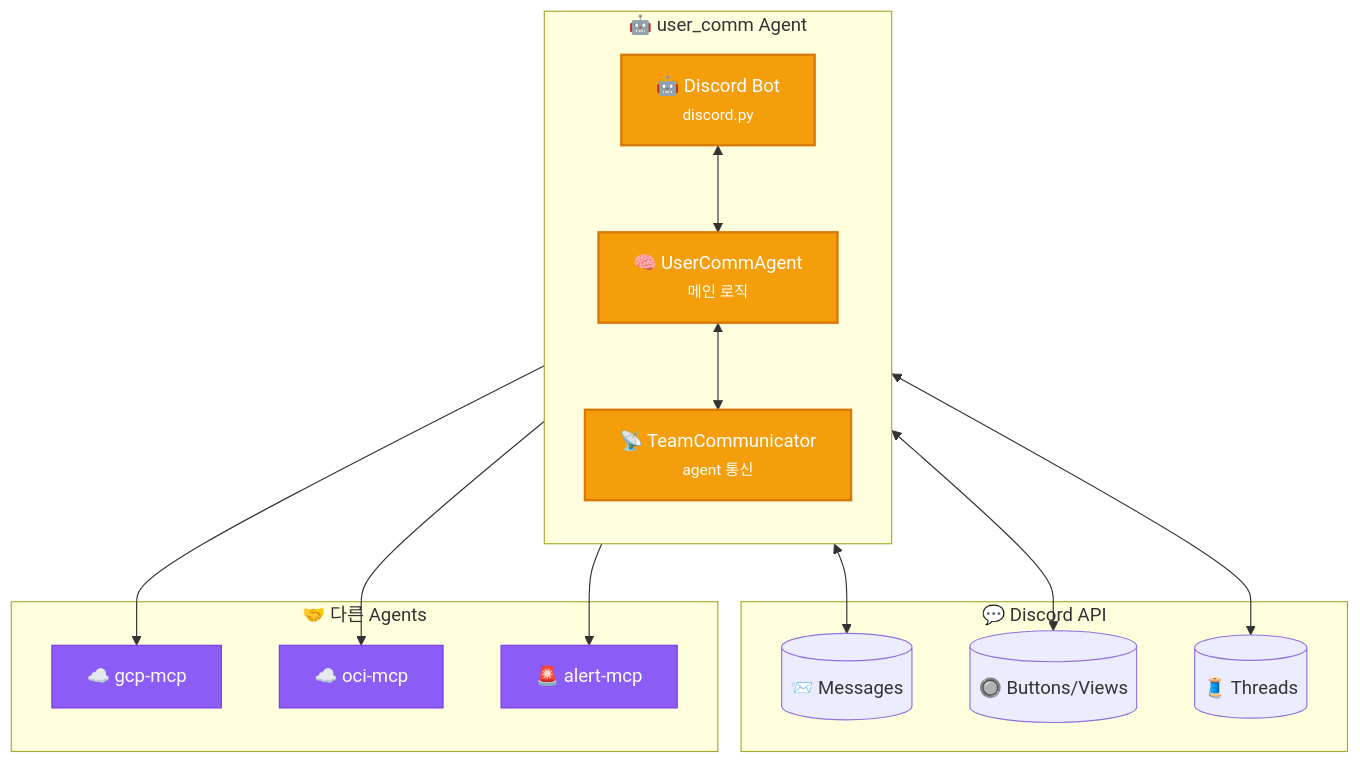
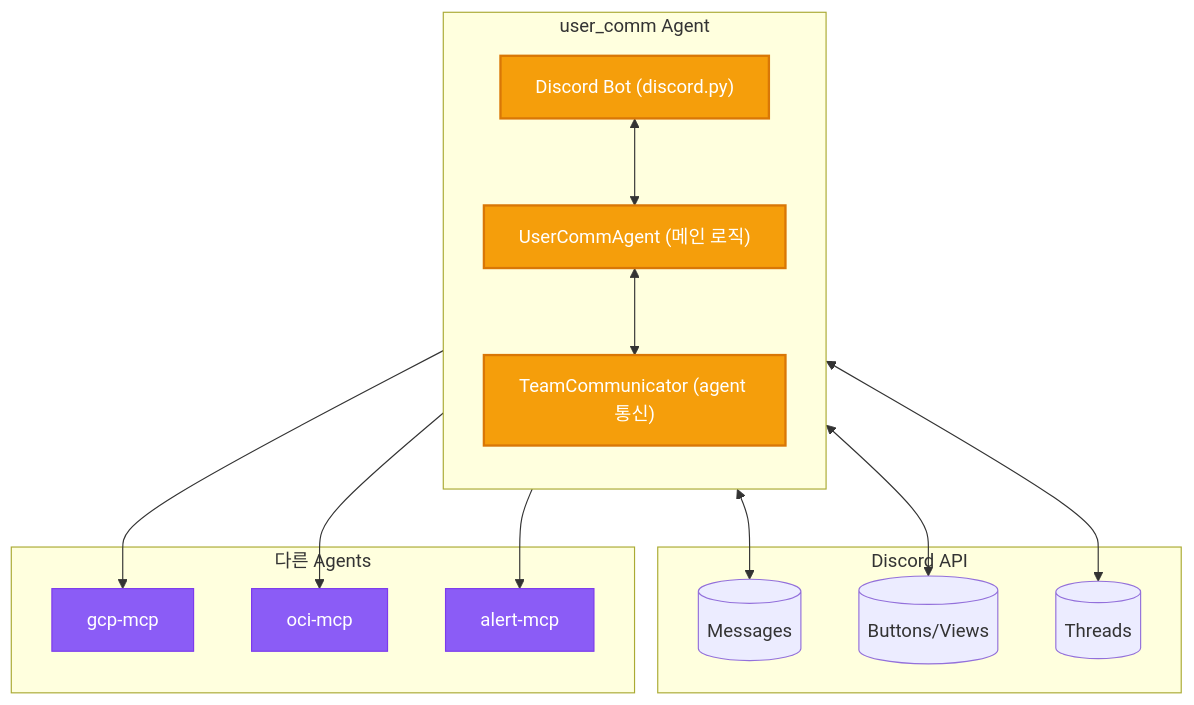
One commit to yarang/blogs changed the second of 8 diagrams in content/ko/post/2026-03-01-013-discord-gateway-mcp-아키텍처-설계.md. Above: the diagram before and after it, drawn with Mermaid. The commit also changed other lines of this file and 1 other file, not shown here.

First line of the commit message:
Fix Mermaid parsing errors for web rendering

````diff
--- a/content/ko/post/2026-03-01-013-discord-gateway-mcp-아키텍처-설계.md
+++ b/content/ko/post/2026-03-01-013-discord-gateway-mcp-아키텍처-설계.md
@@ -89,36 +86,35 @@
 ```mermaid
 flowchart TB
-    %% 스타일 정의
     classDef core fill:#F59E0B,stroke:#D97706,color:#fff,stroke-width:2px
     classDef discord fill:#5865F2,stroke:#404EED,color:#fff
     classDef team fill:#8B5CF6,stroke:#7C3AED,color:#fff
 
-    subgraph UserComm["🤖 user_comm Agent"]
+    subgraph UserComm["user_comm Agent"]
         direction TB
-        DiscordBot["🤖 Discord Bot<br/><small>discord.py</small>"]:::core
-        Agent["🧠 UserCommAgent<br/><small>메인 로직</small>"]:::core
-        TeamComm["📡 TeamCommunicator<br/><small>agent 통신</small>"]:::core
+        DiscordBot["Discord Bot (discord.py)"]:::core
+        Agent["UserCommAgent (메인 로직)"]:::core
+        TeamComm["TeamCommunicator (agent 통신)"]:::core
 
         DiscordBot <--> Agent
         Agent <--> TeamComm
     end
 
-    subgraph Discord["💬 Discord API"]
-        Messages[("📨 Messages")]
-        Buttons[("🔘 Buttons/Views")]
-        Threads[("🧵 Threads")]
+    subgraph Discord["Discord API"]
+        Messages[("Messages")]
+        Buttons[("Buttons/Views")]
+        Threads[("Threads")]
     end
 
-    subgraph Team["🤝 다른 Agents"]
-        GCP["☁️ gcp-mcp"]:::team
-        OCI["☁️ oci-mcp"]:::team
-        Alert["🚨 alert-mcp"]:::team
+    subgraph Team["다른 Agents"]
+        GCP["gcp-mcp"]:::team
+        OCI["oci-mcp"]:::team
+        Alert["alert-mcp"]:::team
     end
 
     DiscordBot <--> Messages
     DiscordBot <--> Buttons
     DiscordBot <--> Threads
     TeamComm --> GCP
     TeamComm --> OCI
     TeamComm --> Alert
 ```
````
